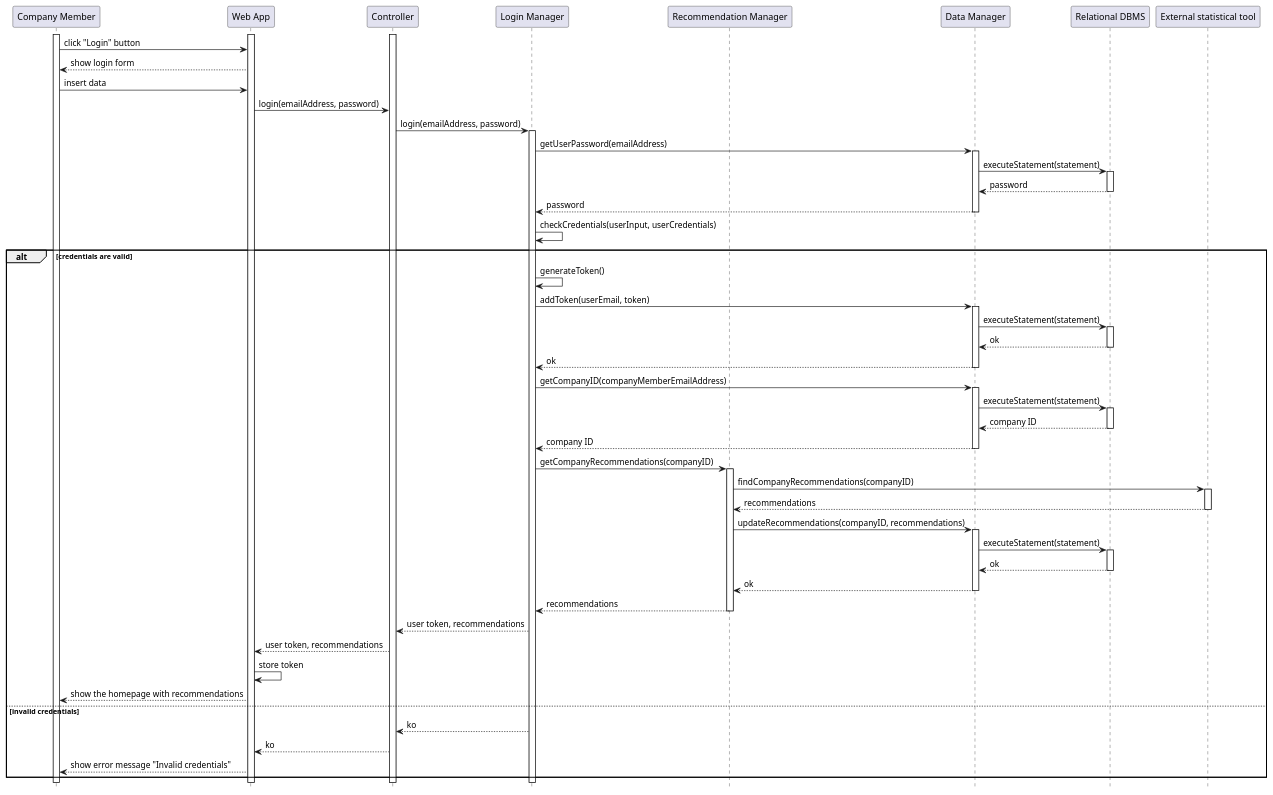
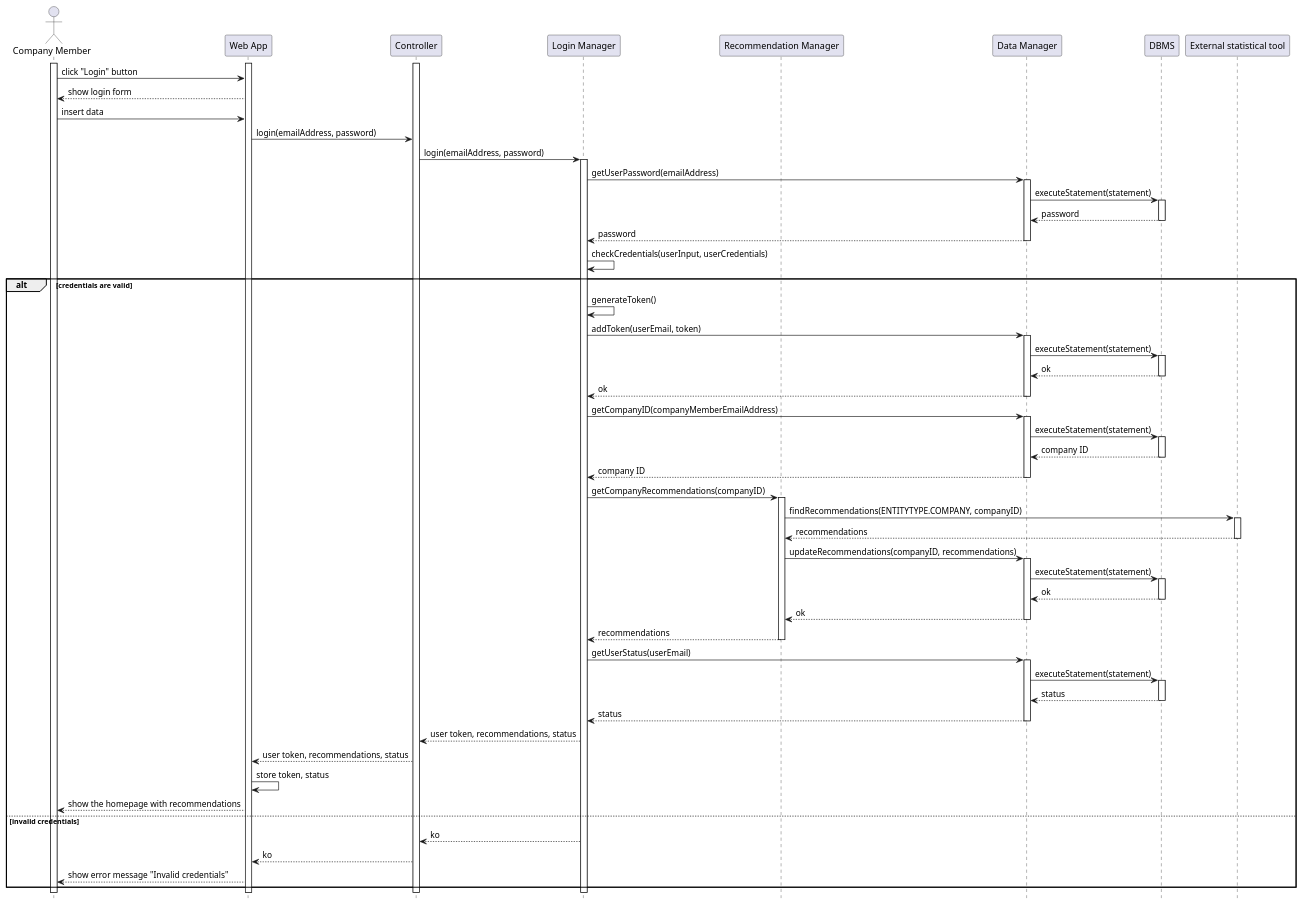
One commit to matti8702/R_and_DD_project_SE2 changed the diagram in DD/Architectural_design/uml_diagrams/RV6_diagram.puml. Above: the diagram before and after it, drawn with PlantUML. The commit also changed 9 other files, not shown here.

```diff
--- a/DD/Architectural_design/uml_diagrams/RV6_diagram.puml
+++ b/DD/Architectural_design/uml_diagrams/RV6_diagram.puml
@@ -1,78 +1,88 @@
 @startuml RV6_diagram
 hide footbox
 
-participant "Company Member" as CM
+actor "Company Member" as CM
 participant "Web App" as W
 participant "Controller" as C
 participant "Login Manager" as L
 participant "Recommendation Manager" as RE
 participant "Data Manager" as DM
-participant "Relational DBMS" as RD
+participant "DBMS" as RD
 participant "External statistical tool" AS EXT
 
 activate CM
 activate W
 activate C
 CM -> W: click "Login" button
 W --> CM: show login form
 CM -> W: insert data
 W -> C: login(emailAddress, password)
 C -> L: login(emailAddress, password)
 activate L
 L -> DM: getUserPassword(emailAddress)
 activate DM
 DM -> RD: executeStatement(statement)
 activate RD
 RD --> DM: password
 deactivate RD
 DM --> L: password
 deactivate DM
 L -> L: checkCredentials(userInput, userCredentials)
 
 alt credentials are valid
     L -> L: generateToken()
     L -> DM: addToken(userEmail, token)
     activate DM
     DM -> RD: executeStatement(statement)
     activate RD
     RD --> DM: ok
     deactivate RD
     DM --> L: ok
     deactivate DM
 
     L -> DM: getCompanyID(companyMemberEmailAddress)
     activate DM
     DM -> RD: executeStatement(statement)
     activate RD
     RD --> DM: company ID
     deactivate RD
     DM --> L: company ID
     deactivate DM
 
     L -> RE: getCompanyRecommendations(companyID)
     activate RE
-    RE -> EXT: findCompanyRecommendations(companyID)
+    RE -> EXT: findRecommendations(ENTITYTYPE.COMPANY, companyID)
     activate EXT
     EXT --> RE: recommendations
     deactivate EXT
     RE -> DM: updateRecommendations(companyID, recommendations)
     activate DM
     DM -> RD: executeStatement(statement)
     activate RD
     RD --> DM: ok
     deactivate RD
     DM --> RE: ok
     deactivate DM
     RE --> L: recommendations
     deactivate RE
-    L --> C: user token, recommendations
-    C --> W: user token, recommendations
-    W -> W: store token
+
+    L -> DM: getUserStatus(userEmail)
+    activate DM
+    DM -> RD: executeStatement(statement)
+    activate RD
+    RD --> DM: status
+    deactivate RD
+    DM --> L: status
+    deactivate DM
+
+    L --> C: user token, recommendations, status
+    C --> W: user token, recommendations, status
+    W -> W: store token, status
     W --> CM: show the homepage with recommendations
 else invalid credentials
     L --> C: ko
     C --> W: ko
     W --> CM: show error message "Invalid credentials"
 end
 
 @enduml
```
